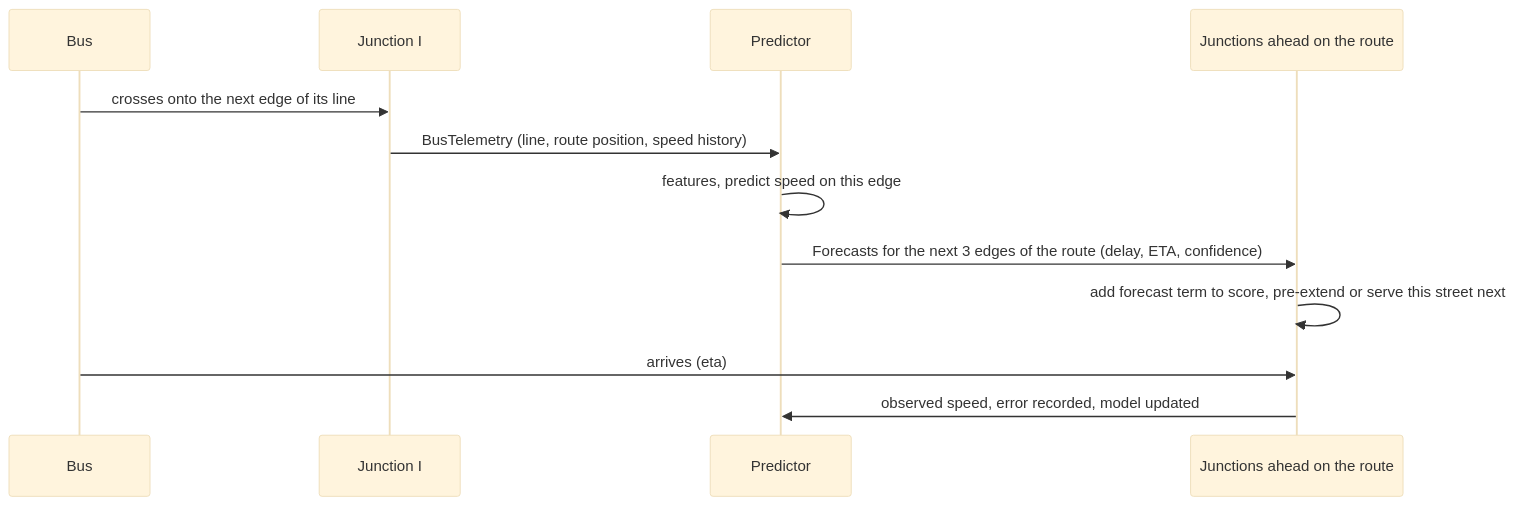
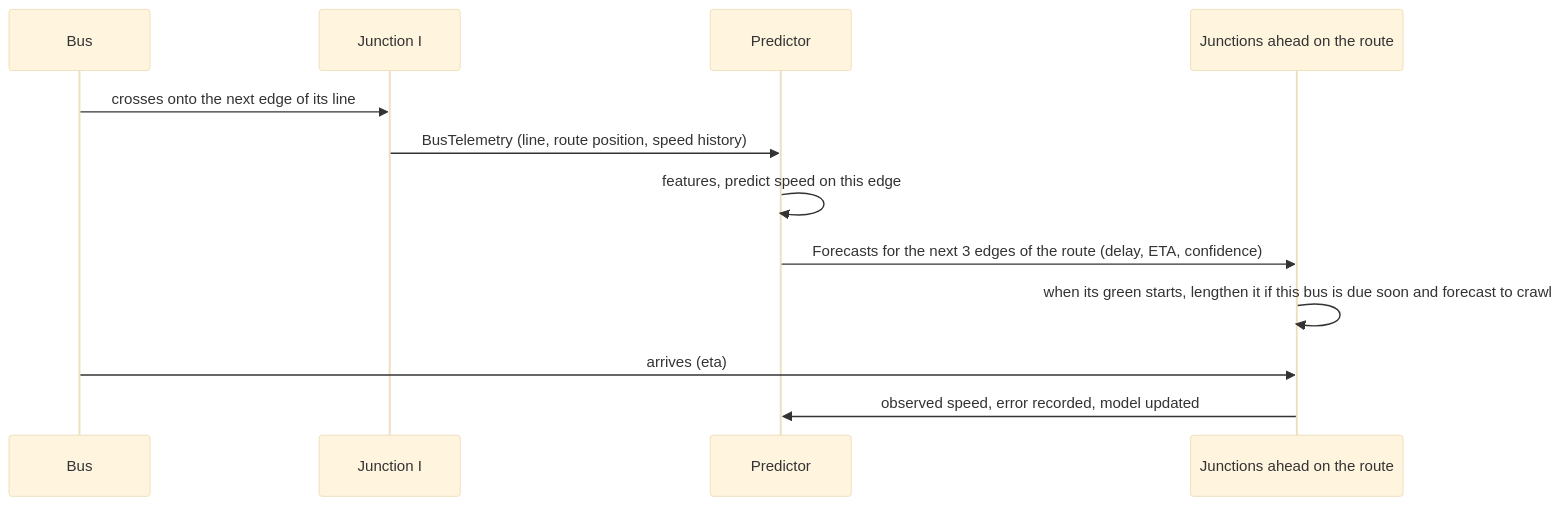
One commit to boghidam/NetPicat-Hackathon-Project changed the second of 2 diagrams in ARCHITECTURE.md. Above: the diagram before and after it, drawn with Mermaid (base theme). The commit also changed other lines of this file and 14 other files, not shown here.

First line of the commit message:
Only extend greens, and only on per-cycle bus evidence

````diff
--- a/ARCHITECTURE.md
+++ b/ARCHITECTURE.md
@@ -161,14 +176,14 @@
 ```mermaid
 sequenceDiagram
     participant Bus
     participant I as Junction I
     participant P as Predictor
     participant J as Junctions ahead on the route
     Bus->>I: crosses onto the next edge of its line
     I->>P: BusTelemetry (line, route position, speed history)
     P->>P: features, predict speed on this edge
     P->>J: Forecasts for the next 3 edges of the route (delay, ETA, confidence)
-    J->>J: add forecast term to score, pre-extend or serve this street next
+    J->>J: when its green starts, lengthen it if this bus is due soon and forecast to crawl
     Bus->>J: arrives (eta)
     J->>P: observed speed, error recorded, model updated
 ```
````
